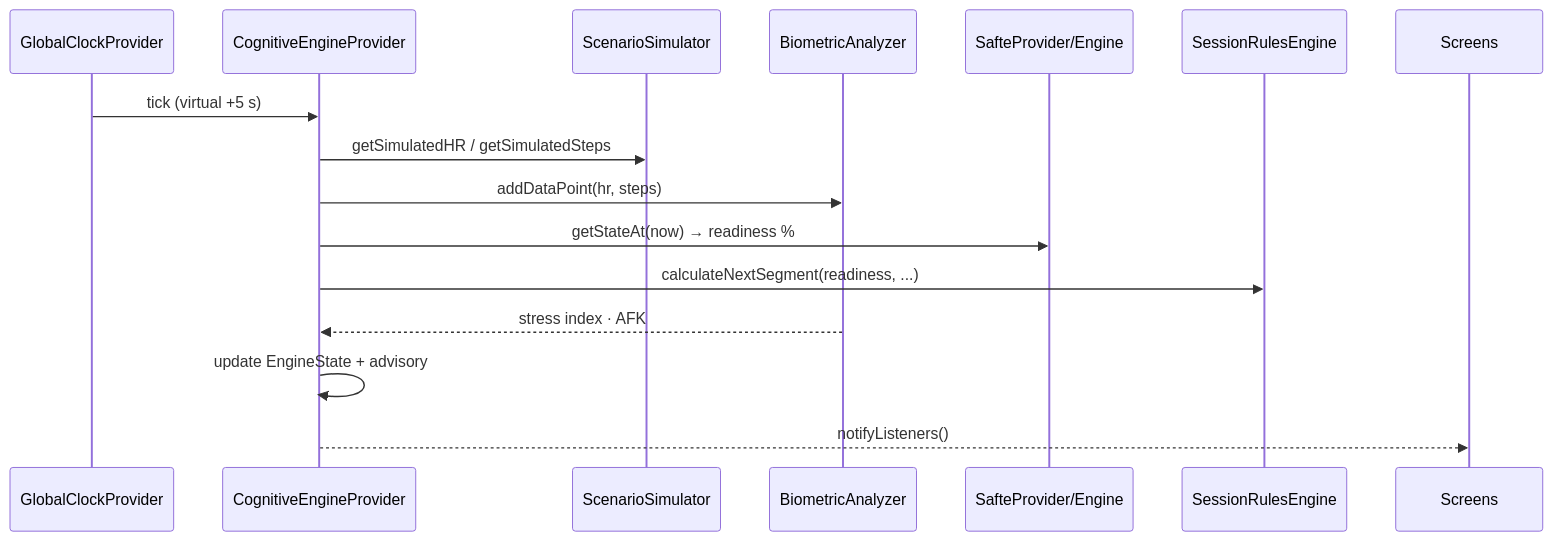
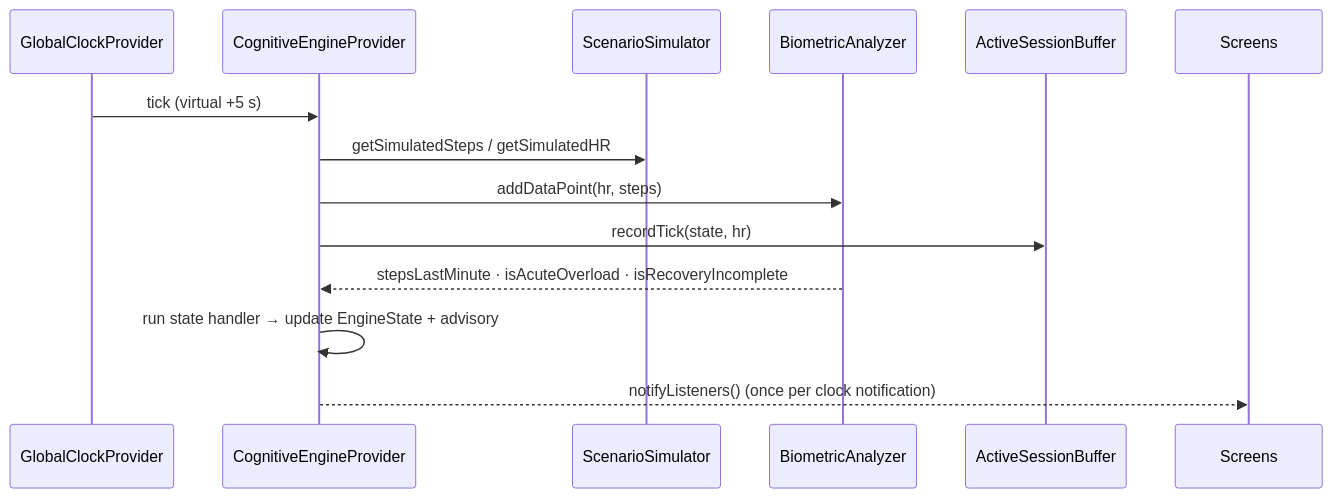
The fifth of 5 diagrams in ARCHITECTURE.md (FilippoIsoni/Focusmaxxer), drawn with Mermaid before and after one commit. The commit also changed other lines of this file and 2 other files, not shown here.

````diff
--- a/ARCHITECTURE.md
+++ b/ARCHITECTURE.md
@@ -146,19 +157,17 @@
 ```mermaid
 sequenceDiagram
     participant Clock as GlobalClockProvider
     participant Engine as CognitiveEngineProvider
     participant Sim as ScenarioSimulator
     participant Bio as BiometricAnalyzer
-    participant Safte as SafteProvider/Engine
-    participant Rules as SessionRulesEngine
+    participant Buffer as ActiveSessionBuffer
     participant UI as Screens
 
     Clock->>Engine: tick (virtual +5 s)
-    Engine->>Sim: getSimulatedHR / getSimulatedSteps
+    Engine->>Sim: getSimulatedSteps / getSimulatedHR
     Engine->>Bio: addDataPoint(hr, steps)
-    Engine->>Safte: getStateAt(now) → readiness %
-    Engine->>Rules: calculateNextSegment(readiness, ...)
-    Bio-->>Engine: stress index · AFK
-    Engine->>Engine: update EngineState + advisory
-    Engine-->>UI: notifyListeners()
+    Engine->>Buffer: recordTick(state, hr)
+    Bio-->>Engine: stepsLastMinute · isAcuteOverload · isRecoveryIncomplete
+    Engine->>Engine: run state handler → update EngineState + advisory
+    Engine-->>UI: notifyListeners() (once per clock notification)
 ```
````
